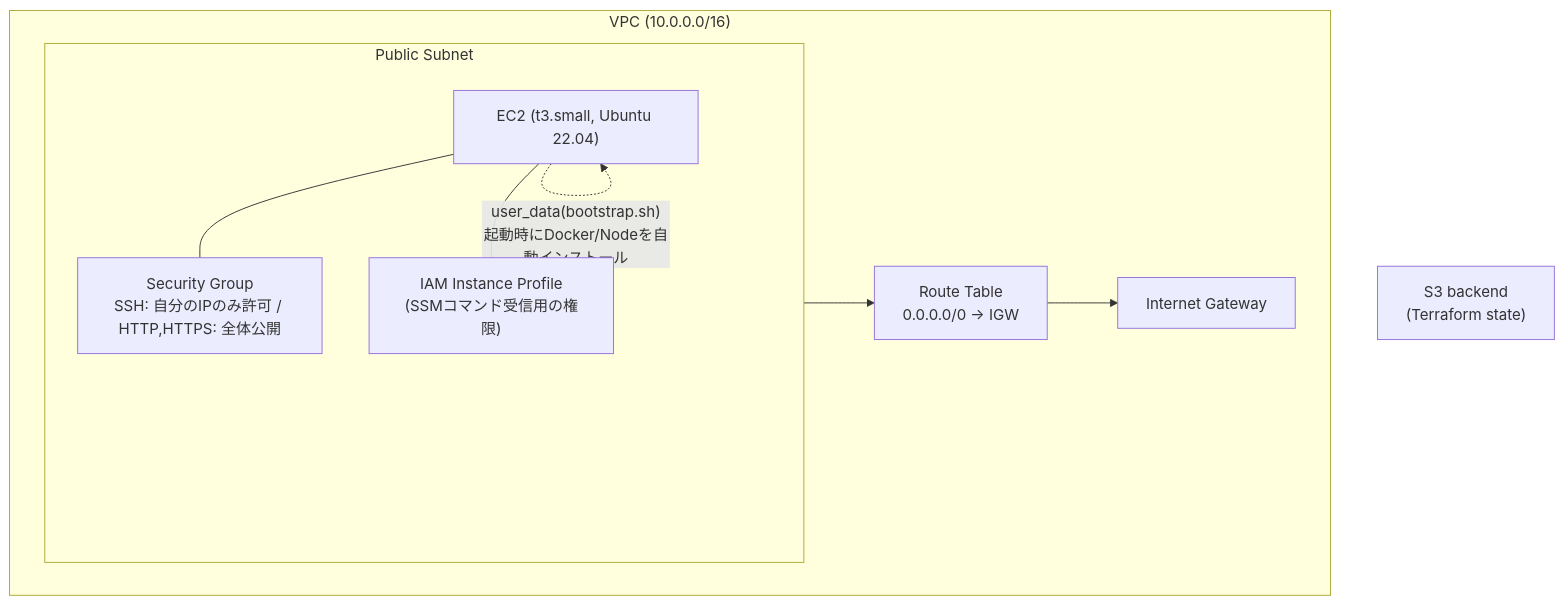
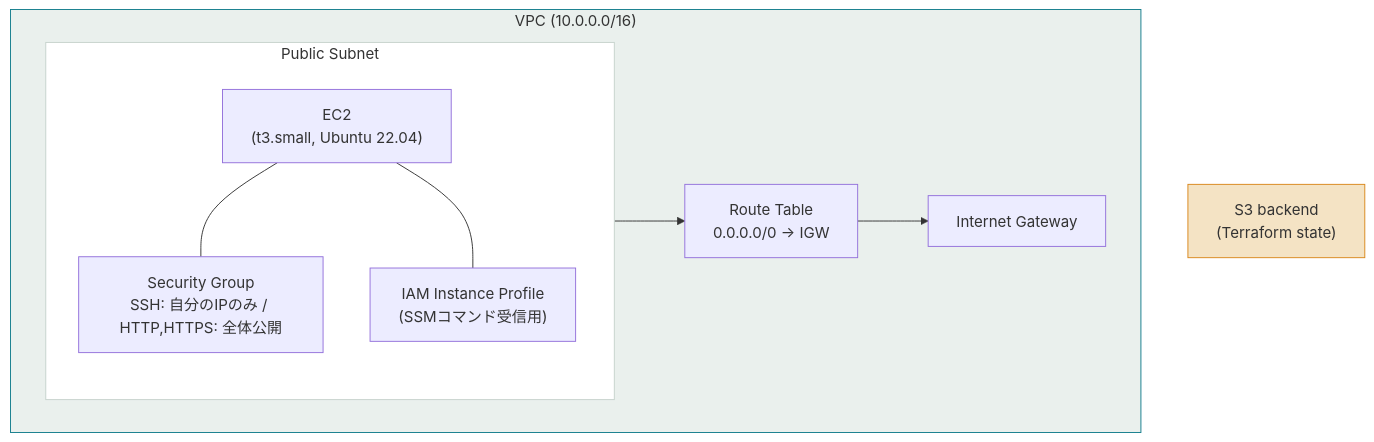
One commit to shouk12345/Web-Code-Runner changed the first of 3 diagrams in terraform/README.md. Above: the diagram before and after it, drawn with Mermaid. The commit also changed other lines of this file and 1 other file, not shown here.

````diff
--- a/terraform/README.md
+++ b/terraform/README.md
@@ -7,17 +11,20 @@
 ```mermaid
 flowchart TD
     subgraph VPC["VPC (10.0.0.0/16)"]
         subgraph Subnet["Public Subnet"]
-            EC2["EC2 (t3.small, Ubuntu 22.04)"]
-            SG["Security Group<br/>SSH: 自分のIPのみ許可 / HTTP,HTTPS: 全体公開"]
-            IAM["IAM Instance Profile<br/>(SSMコマンド受信用の権限)"]
+            EC2["EC2<br/>(t3.small, Ubuntu 22.04)"]
+            SG["Security Group<br/>SSH: 自分のIPのみ / HTTP,HTTPS: 全体公開"]
+            IAM["IAM Instance Profile<br/>(SSMコマンド受信用)"]
             EC2 --- SG
             EC2 --- IAM
         end
         IGW["Internet Gateway"]
         RT["Route Table<br/>0.0.0.0/0 → IGW"]
         Subnet --> RT --> IGW
     end
     S3["S3 backend<br/>(Terraform state)"]
-    EC2 -. "user_data(bootstrap.sh)<br/>起動時にDocker/Nodeを自動インストール" .-> EC2
+
+    style VPC fill:#EAF0ED,stroke:#127C8C
+    style Subnet fill:#fff,stroke:#C6D2CC
+    style S3 fill:#F4E3C4,stroke:#D9871B
 ```
````
